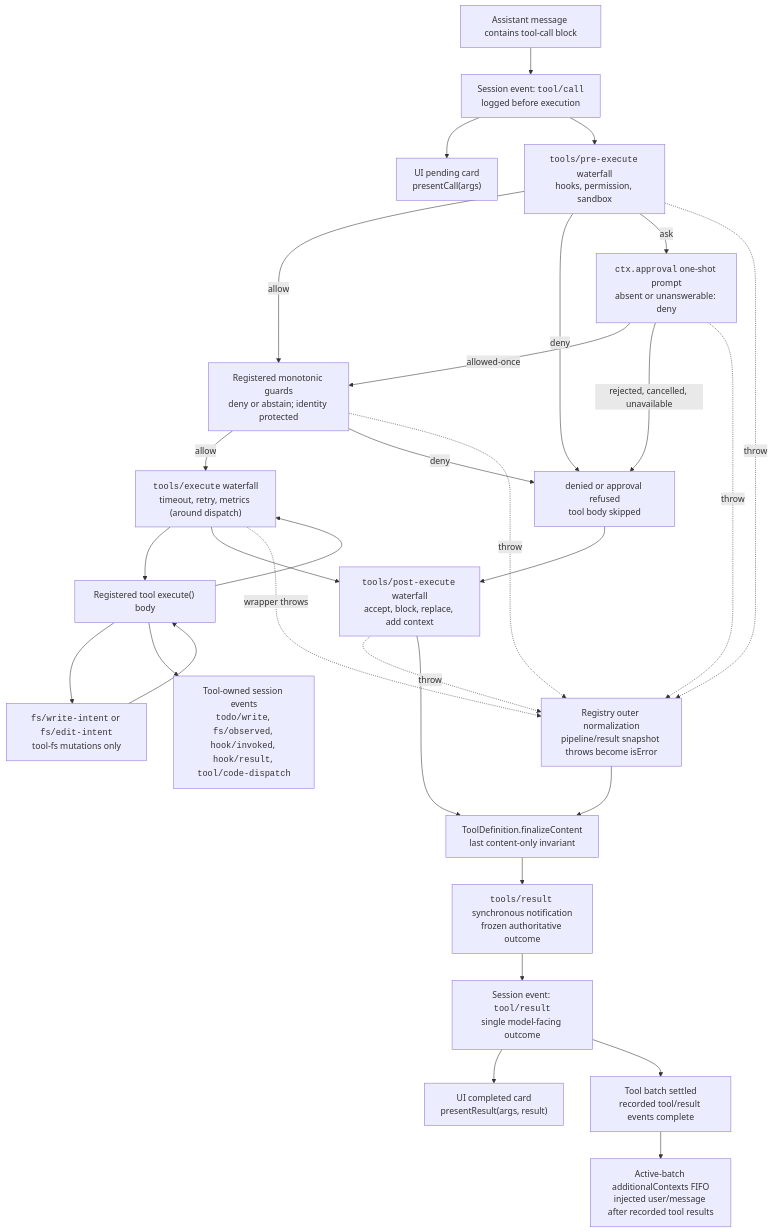
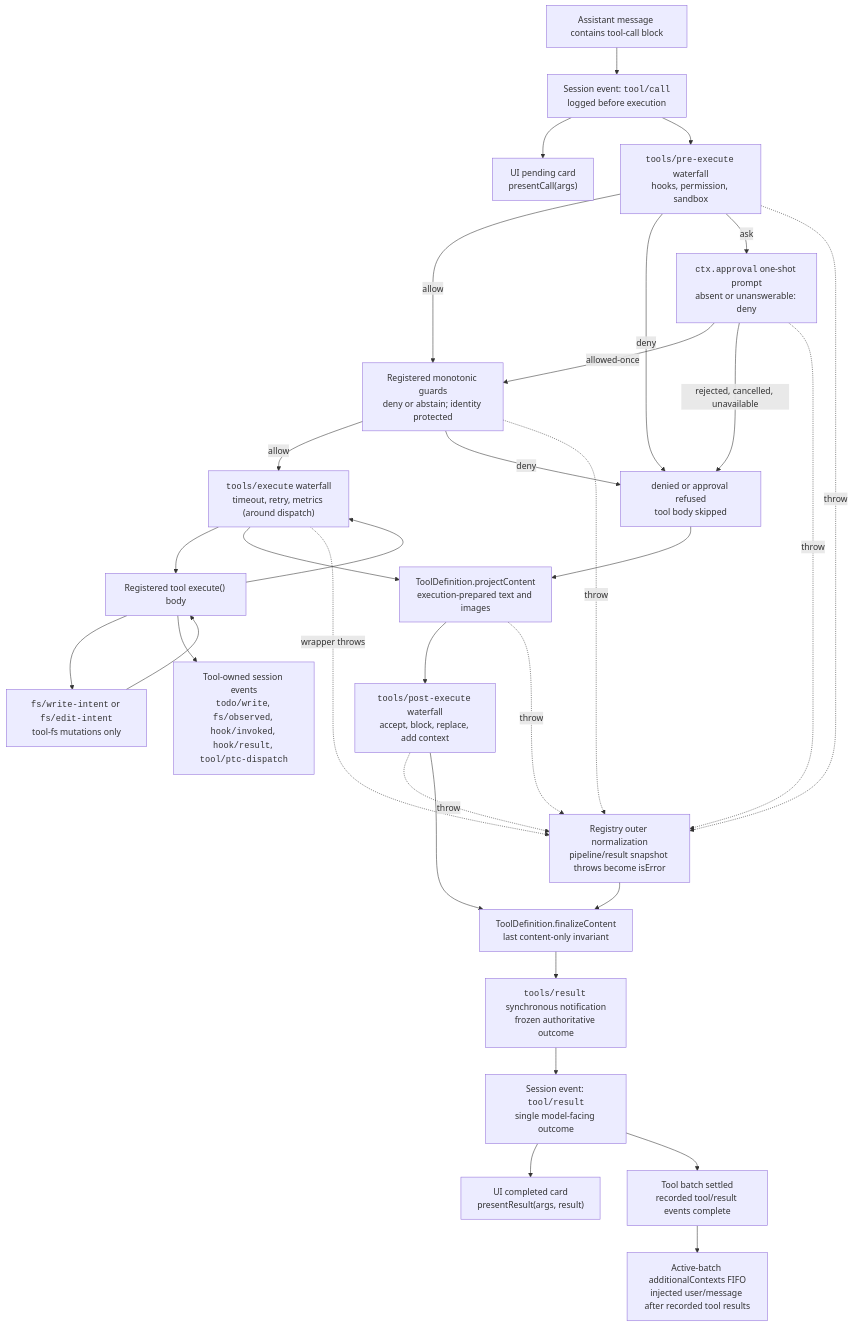
Before and after one commit to sxzyabab/deepseek-harness-python-chinese: the diagram in 文档/官方文档/工具执行流水线.md, drawn with Mermaid. The commit also changed other lines of this file and 237 other files, not shown here.

````diff
--- a/文档/官方文档/工具执行流水线.md
+++ b/文档/官方文档/工具执行流水线.md
@@ -8,51 +10,54 @@
 ```mermaid
 flowchart TD
   model["Assistant message contains tool-call block"]
   toolCall["Session event: <code>tool/call</code><br/>logged before execution"]
   presentCall["UI pending card<br/>presentCall(args)"]
   pre["<code>tools/pre-execute</code> waterfall<br/>hooks, permission, sandbox"]
   guards["Registered monotonic guards<br/>deny or abstain; identity protected"]
   denied["denied or approval refused<br/>tool body skipped"]
   approval["<code>ctx.approval</code> one-shot prompt<br/>absent or unanswerable: deny"]
   around["<code>tools/execute</code> waterfall<br/>timeout, retry, metrics (around dispatch)"]
   toolBody["Registered tool execute() body"]
   fsGate["<code>fs/write-intent</code> or <code>fs/edit-intent</code><br/>tool-fs mutations only"]
-  owned["Tool-owned session events<br/><code>todo/write</code>, <code>fs/observed</code>, <code>hook/invoked</code>, <code>hook/result</code>, <code>tool/code-dispatch</code>"]
+  owned["Tool-owned session events<br/><code>todo/write</code>, <code>fs/observed</code>, <code>hook/invoked</code>, <code>hook/result</code>, <code>tool/ptc-dispatch</code>"]
+  project["ToolDefinition.projectContent<br/>execution-prepared text and images"]
   post["<code>tools/post-execute</code> waterfall<br/>accept, block, replace, add context"]
   normalized["Registry outer normalization<br/>pipeline/result snapshot throws become isError"]
   finalize["ToolDefinition.finalizeContent<br/>last content-only invariant"]
   final["<code>tools/result</code> synchronous notification<br/>frozen authoritative outcome"]
   context["Active-batch additionalContexts FIFO<br/>injected user/message after recorded tool results"]
   toolResult["Session event: <code>tool/result</code><br/>single model-facing outcome"]
   allResults["Tool batch settled<br/>recorded tool/result events complete"]
   presentResult["UI completed card<br/>presentResult(args, result)"]
   model --> toolCall
   toolCall --> presentCall
   toolCall --> pre
   pre -->|allow| guards
   guards -->|allow| around
   guards -->|deny| denied
   guards -.->|throw| normalized
   around --> toolBody
   pre -->|deny| denied
   pre -->|ask| approval
   approval -->|allowed-once| guards
   approval -->|rejected, cancelled, unavailable| denied
   approval -.->|throw| normalized
-  denied --> post
+  denied --> project
   pre -.->|throw| normalized
   toolBody --> fsGate
   fsGate --> toolBody
   toolBody --> owned
   toolBody --> around
-  around --> post
+  around --> project
+  project --> post
+  project -.->|throw| normalized
   around -.->|wrapper throws| normalized
   post -.->|throw| normalized
   post --> finalize
   normalized --> finalize
   finalize --> final
   final --> toolResult
   toolResult --> presentResult
   toolResult --> allResults
   allResults --> context
 ```
````
